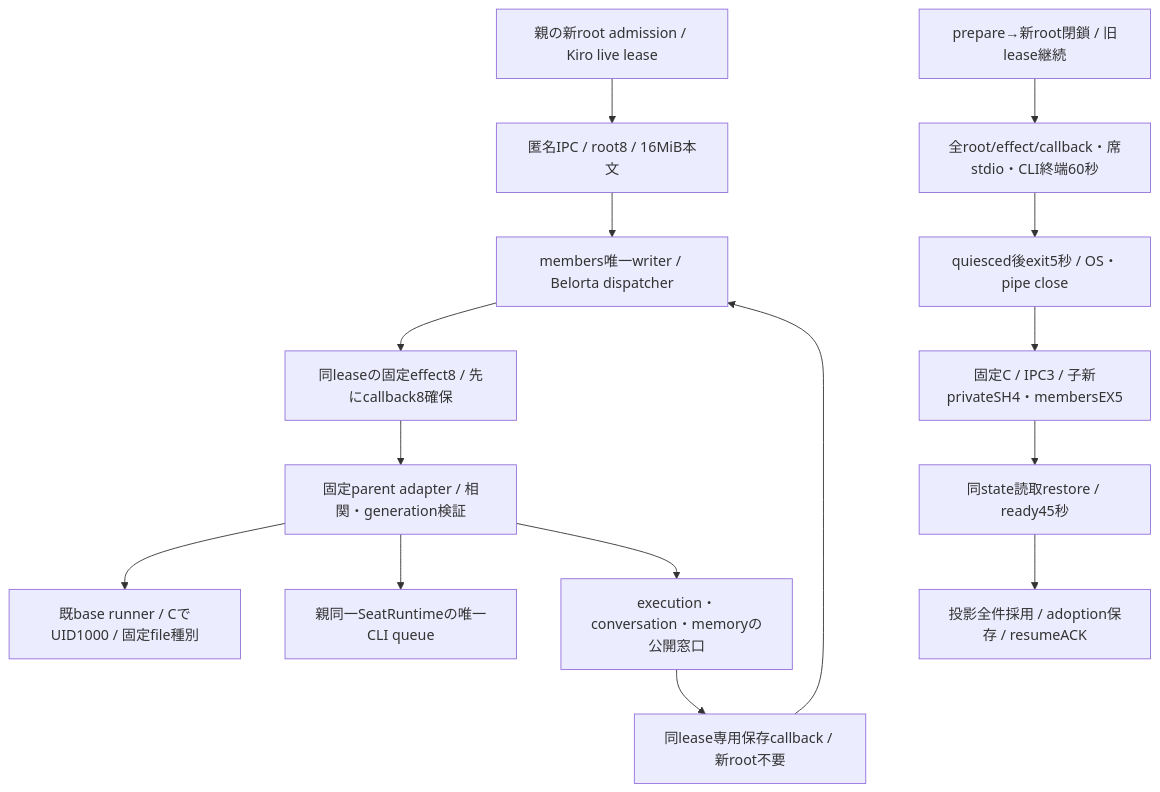
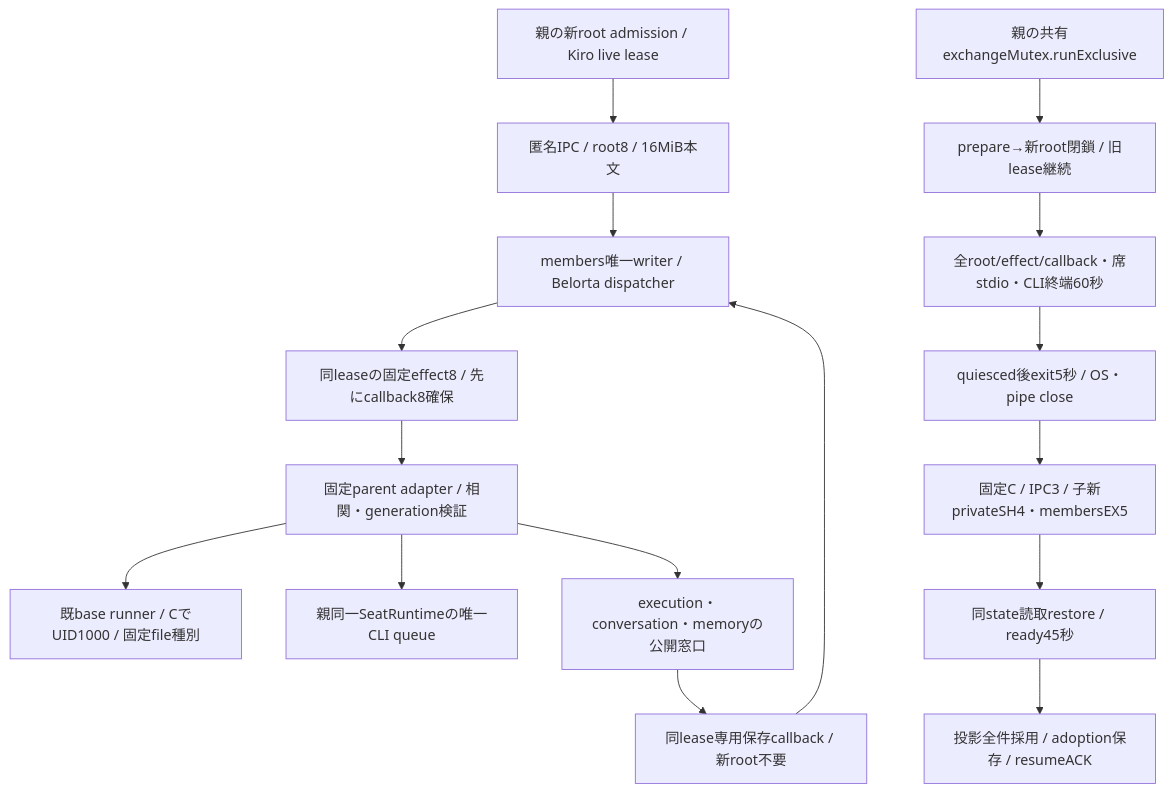
The first of 2 diagrams in docs/architecture/modules/runtime/members-process.md (kitepon/BellTeam), drawn with Mermaid before and after one commit. The commit also changed other lines of this file and 10 other files, not shown here.

````diff
--- a/docs/architecture/modules/runtime/members-process.md
+++ b/docs/architecture/modules/runtime/members-process.md
@@ -5,17 +5,18 @@
 ```mermaid
 flowchart TD
   Root[親の新root admission / Kiro live lease] --> Channel[匿名IPC / root8 / 16MiB本文]
   Channel --> Child[members唯一writer / Belorta dispatcher]
   Child --> Effect[同leaseの固定effect8 / 先にcallback8確保]
   Effect --> Parent[固定parent adapter / 相関・generation検証]
   Parent --> Seat[既base runner / CでUID1000 / 固定file種別]
   Parent --> CLI[親同一SeatRuntimeの唯一CLI queue]
   Parent --> External[execution・conversation・memoryの公開窓口]
   External --> Callback[同lease専用保存callback / 新root不要]
   Callback --> Child
   Control[prepare→新root閉鎖 / 旧lease継続] --> Drain[全root/effect/callback・席stdio・CLI終端60秒]
+  Mutex[親の共有exchangeMutex.runExclusive] --> Control
   Drain --> Exit[quiesced後exit5秒 / OS・pipe close]
   Exit --> C[固定C / IPC3 / 子新privateSH4・membersEX5]
   C --> Restore[同state読取restore / ready45秒]
   Restore --> Adopt[投影全件採用 / adoption保存 / resumeACK]
 ```
````
